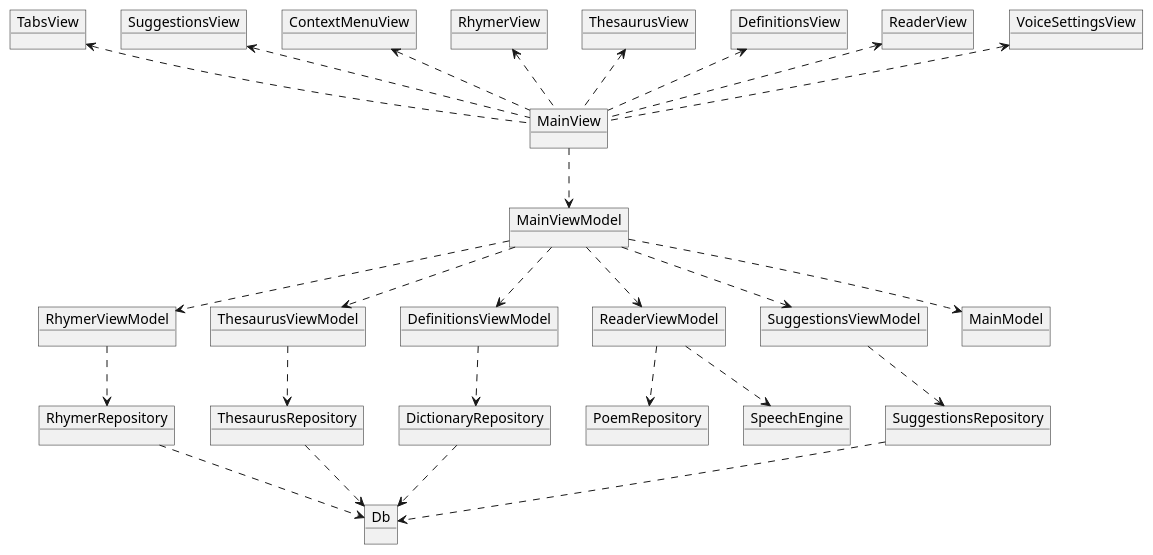
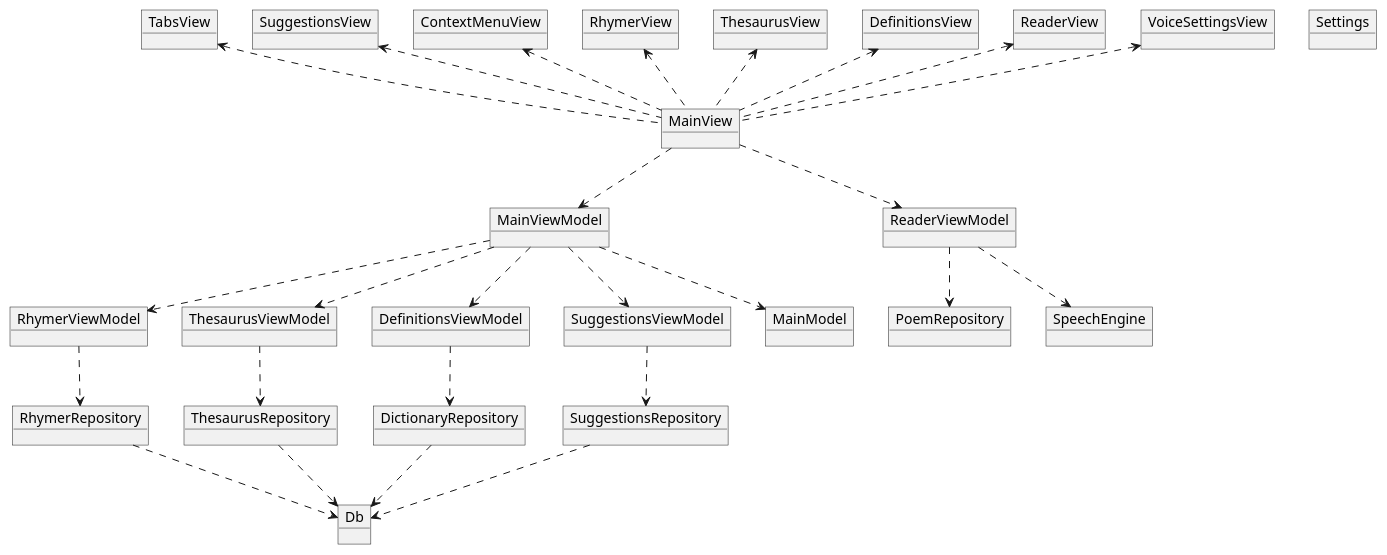
The diagram in doc/object-diagram.puml (caarmen/poet-assistant-web), drawn with PlantUML before and after one commit. The commit also changed 3 other files, not shown here.

```diff
--- a/doc/object-diagram.puml
+++ b/doc/object-diagram.puml
@@ -1,60 +1,66 @@
 @startuml
 object TabsView
 object SuggestionsView
 object ContextMenuView
 object RhymerView
 object ThesaurusView
 object DefinitionsView
 object ReaderView
 object VoiceSettingsView
 object MainView
 
 object MainViewModel
 object RhymerViewModel
 object ThesaurusViewModel
 object DefinitionsViewModel
 object ReaderViewModel
 object SuggestionsViewModel
 
 object MainModel
 object RhymerRepository
 object ThesaurusRepository
 object DictionaryRepository
 object PoemRepository
 object SuggestionsRepository
 object SpeechEngine
 
 
 object Db
+object Settings
 
 TabsView <.. MainView
 ContextMenuView <.. MainView
 RhymerView <.. MainView
 ThesaurusView <.. MainView
 DefinitionsView <.. MainView
 ReaderView <.. MainView
 VoiceSettingsView <.. MainView
 SuggestionsView <.. MainView
 MainView ..> MainViewModel
+MainView ..> ReaderViewModel
 
 MainViewModel ..> MainModel
 MainViewModel ..> RhymerViewModel
 MainViewModel ..> ThesaurusViewModel
 MainViewModel ..> DefinitionsViewModel
-MainViewModel ..> ReaderViewModel
 MainViewModel ..> SuggestionsViewModel
 
 RhymerViewModel ..> RhymerRepository
 ThesaurusViewModel ..> ThesaurusRepository 
 DefinitionsViewModel ..> DictionaryRepository
 ReaderViewModel ..> PoemRepository
 ReaderViewModel ..> SpeechEngine
 SuggestionsViewModel ..> SuggestionsRepository
 
 
 RhymerRepository ..> Db
 ThesaurusRepository ..> Db
 DictionaryRepository ..> Db
 SuggestionsRepository ..> Db
+'RhymerRepository ..> Settings
+'ThesaurusRepository ..> Settings
+'PoemRepository ..> Settings
+'SuggestionsRepository ..> Settings
+'SpeechEngine ..> Settings
 
 @enduml
```
